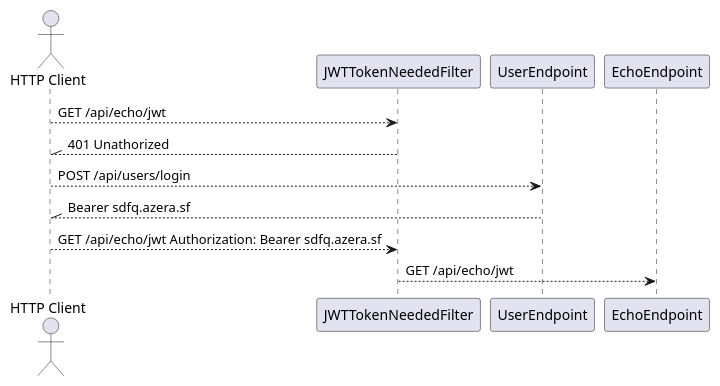
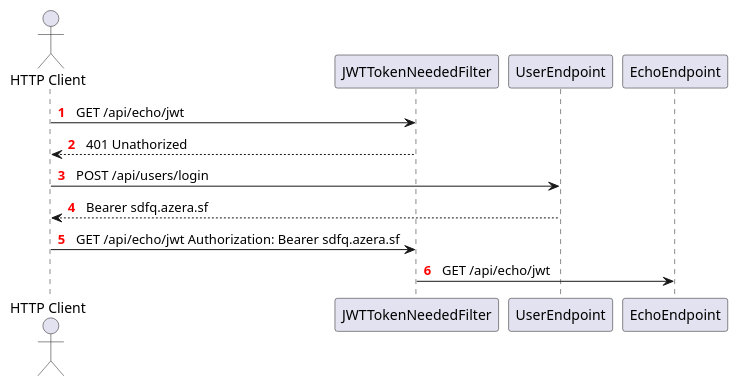
Before and after one commit to agoncal/agoncal-sample-jaxrs: the diagram in 04-JWT/src/main/docs/echoJwt.puml, drawn with PlantUML. The commit also changed 2 other files, not shown here.

```diff
--- a/04-JWT/src/main/docs/echoJwt.puml
+++ b/04-JWT/src/main/docs/echoJwt.puml
@@ -1,12 +1,13 @@
 @startuml
 
+autonumber "<font color=red><b>0  "
 actor "HTTP Client" as httpclient
-httpclient --> JWTTokenNeededFilter: GET /api/echo/jwt
-httpclient //-- JWTTokenNeededFilter: 401 Unathorized
-httpclient --> UserEndpoint: POST /api/users/login
-httpclient //-- UserEndpoint: Bearer sdfq.azera.sf
-httpclient --> JWTTokenNeededFilter: GET /api/echo/jwt Authorization: Bearer sdfq.azera.sf
-JWTTokenNeededFilter --> EchoEndpoint: GET /api/echo/jwt
+httpclient -> JWTTokenNeededFilter: GET /api/echo/jwt
+httpclient <-- JWTTokenNeededFilter: 401 Unathorized
+httpclient -> UserEndpoint: POST /api/users/login
+httpclient <-- UserEndpoint: Bearer sdfq.azera.sf
+httpclient -> JWTTokenNeededFilter: GET /api/echo/jwt Authorization: Bearer sdfq.azera.sf
+JWTTokenNeededFilter -> EchoEndpoint: GET /api/echo/jwt
 
 
 @enduml
```
